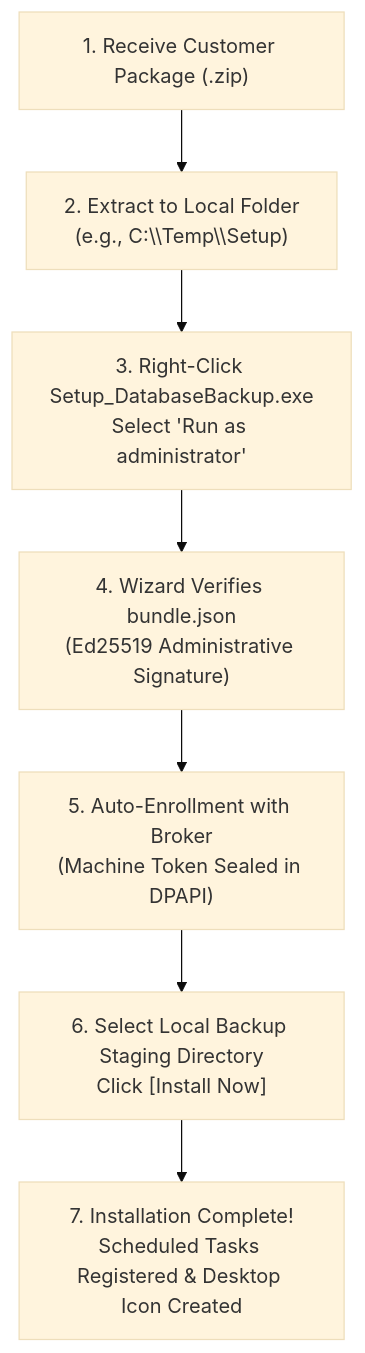
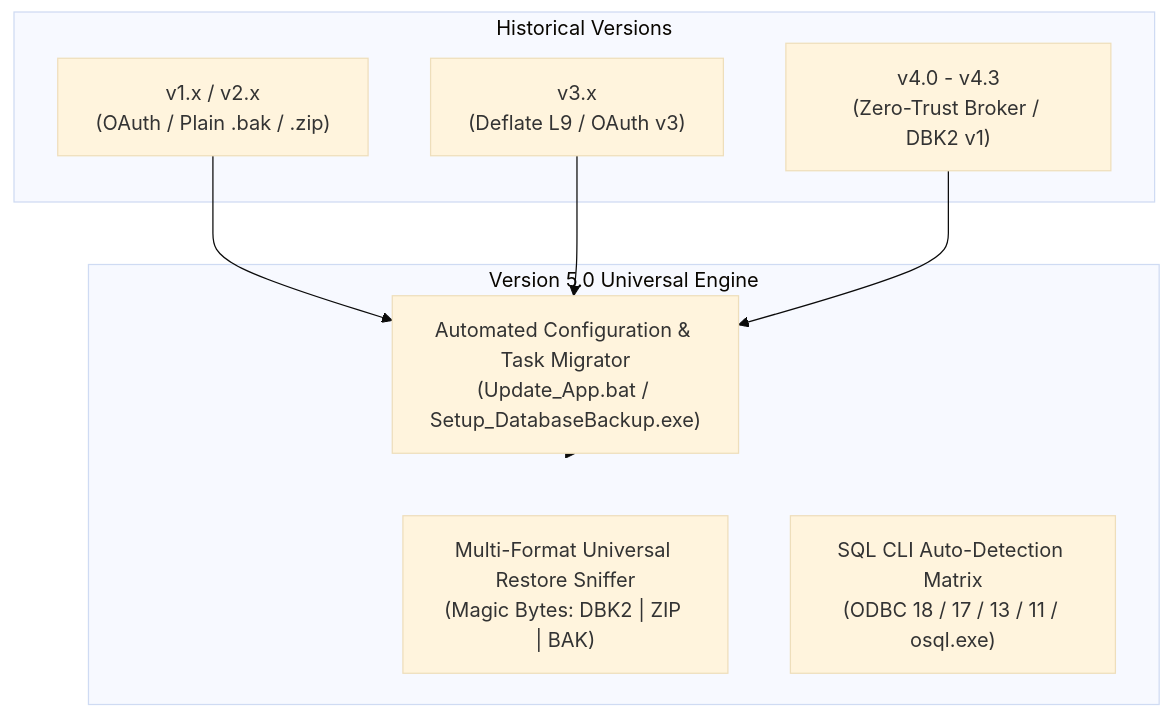
Before and after one commit to dulnindu123/Database-Backup-Automation: the third of 3 diagrams in INSTALLATION_GUIDE.md, drawn with Mermaid (base theme). The commit also changed other lines of this file and 18 other files, not shown here.

````diff
--- a/INSTALLATION_GUIDE.md
+++ b/INSTALLATION_GUIDE.md
@@ -10,9 +287,20 @@
 ```mermaid
 flowchart TD
-    A["1. Receive Customer Package (.zip)"] --> B["2. Extract to Local Folder\n(e.g., C:\\Temp\\Setup)"]
-    B --> C["3. Right-Click Setup_DatabaseBackup.exe\nSelect 'Run as administrator'"]
-    C --> D["4. Wizard Verifies bundle.json\n(Ed25519 Administrative Signature)"]
-    D --> E["5. Auto-Enrollment with Broker\n(Machine Token Sealed in DPAPI)"]
-    E --> F["6. Select Local Backup Staging Directory\nClick [Install Now]"]
-    F --> G["7. Installation Complete!\nScheduled Tasks Registered & Desktop Icon Created"]
+    subgraph Legacy [Historical Versions]
+        V1["v1.x / v2.x\n(OAuth / Plain .bak / .zip)"]
+        V3["v3.x\n(Deflate L9 / OAuth v3)"]
+        V4["v4.0 - v4.3\n(Zero-Trust Broker / DBK2 v1)"]
+    end
+
+    subgraph V5Core [Version 5.0 Universal Engine]
+        Migrator["Automated Configuration & Task Migrator\n(Update_App.bat / Setup_DatabaseBackup.exe)"]
+        RestoreEngine["Multi-Format Universal Restore Sniffer\n(Magic Bytes: DBK2 | ZIP | BAK)"]
+        CLIFallback["SQL CLI Auto-Detection Matrix\n(ODBC 18 / 17 / 13 / 11 / osql.exe)"]
+    end
+
+    V1 --> Migrator
+    V3 --> Migrator
+    V4 --> Migrator
+    
+    Migrator --> V5Core
 ```
````
